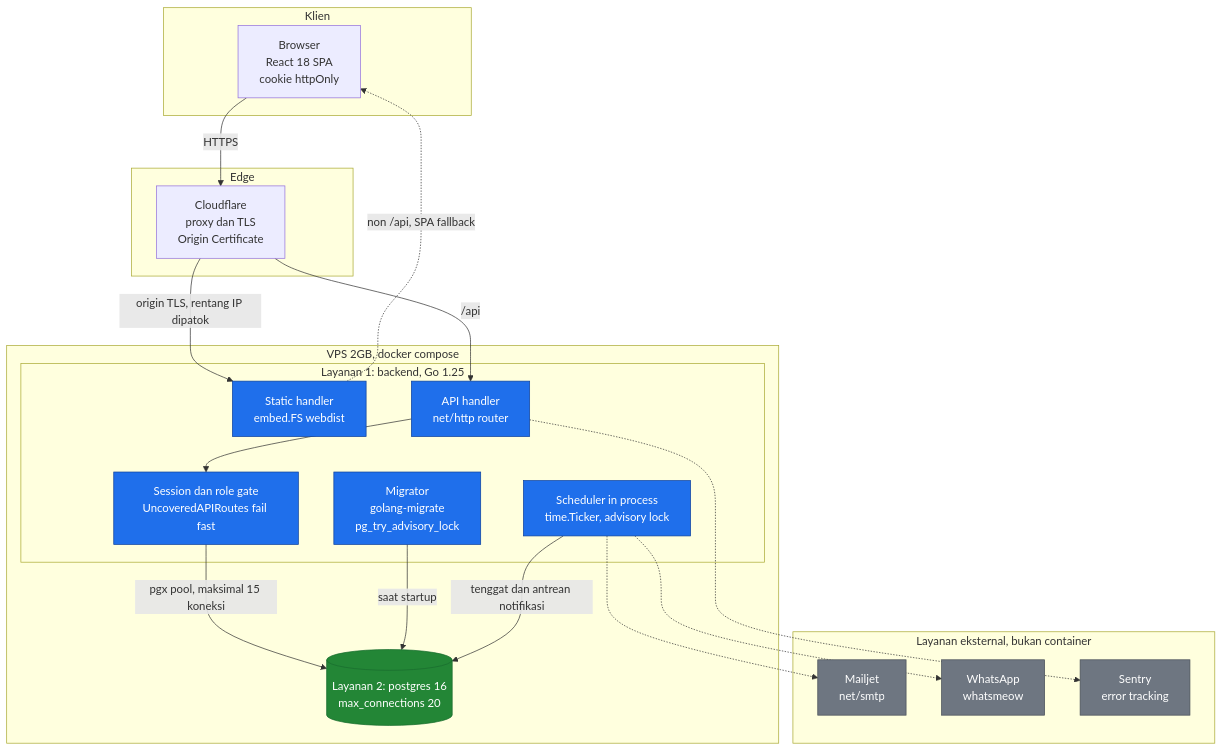
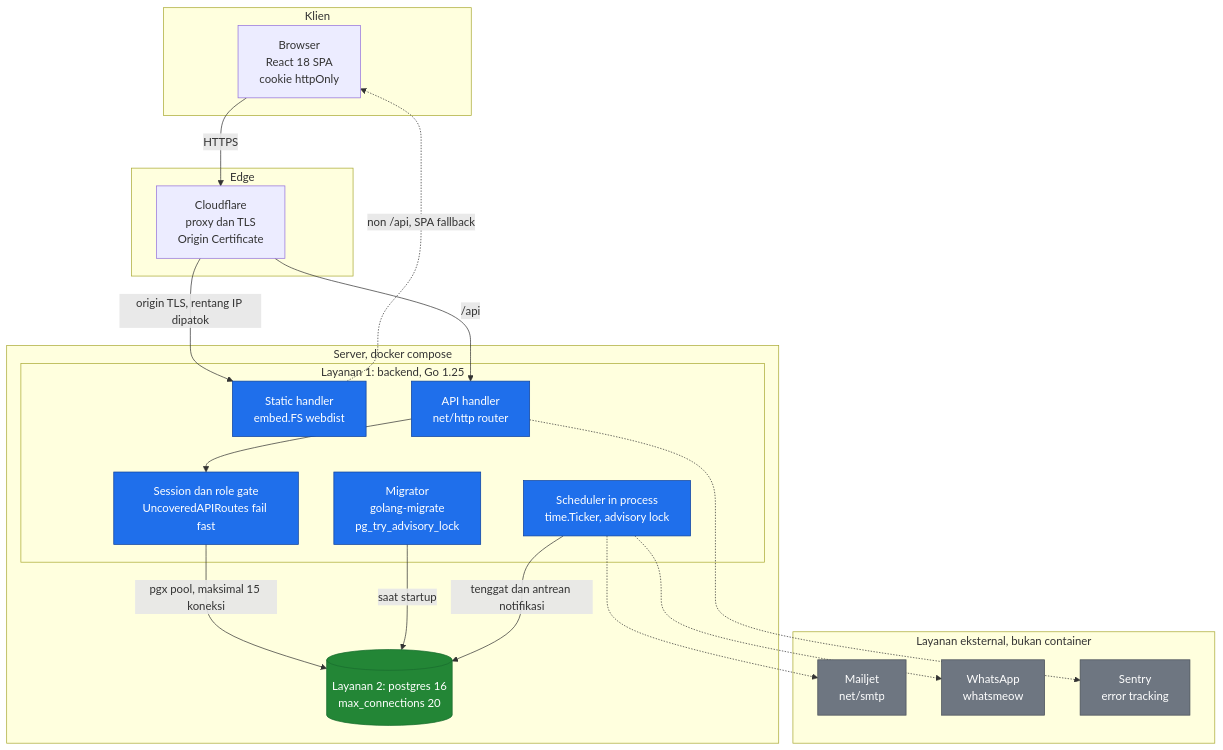
The first of 5 diagrams in README.md (fzrilsh/devotion), drawn with Mermaid before and after one commit. The commit also changed other lines of this file, not shown here.

````diff
--- a/README.md
+++ b/README.md
@@ -245,46 +245,46 @@
 ```mermaid
 flowchart TB
     subgraph client["Klien"]
         browser["Browser<br/>React 18 SPA<br/>cookie httpOnly"]
     end
 
     subgraph edge["Edge"]
         cf["Cloudflare<br/>proxy dan TLS<br/>Origin Certificate"]
     end
 
-    subgraph vps["VPS 2GB, docker compose"]
+    subgraph host["Server, docker compose"]
         subgraph be["Layanan 1: backend, Go 1.25"]
             spa["Static handler<br/>embed.FS webdist"]
             api["API handler<br/>net/http router"]
             gate["Session dan role gate<br/>UncoveredAPIRoutes fail fast"]
             sched["Scheduler in process<br/>time.Ticker, advisory lock"]
             mig["Migrator<br/>golang-migrate<br/>pg_try_advisory_lock"]
         end
         pg[("Layanan 2: postgres 16<br/>max_connections 20")]
     end
 
     subgraph ext["Layanan eksternal, bukan container"]
         mail["Mailjet<br/>net/smtp"]
         wa["WhatsApp<br/>whatsmeow"]
         sentry["Sentry<br/>error tracking"]
     end
 
     browser -->|HTTPS| cf
     cf -->|"origin TLS, rentang IP dipatok"| spa
     cf -->|"/api"| api
     api --> gate
     gate -->|"pgx pool, maksimal 15 koneksi"| pg
     spa -.->|"non /api, SPA fallback"| browser
     mig -->|"saat startup"| pg
     sched -->|"tenggat dan antrean notifikasi"| pg
     sched -.-> mail
     sched -.-> wa
     api -.-> sentry
 
     classDef svc fill:#1f6feb,stroke:#0d419d,color:#ffffff
     classDef db fill:#238636,stroke:#196c2e,color:#ffffff
     classDef extn fill:#6e7681,stroke:#484f58,color:#ffffff
     class spa,api,gate,sched,mig svc
     class pg db
     class mail,wa,sentry extn
 ```
````
